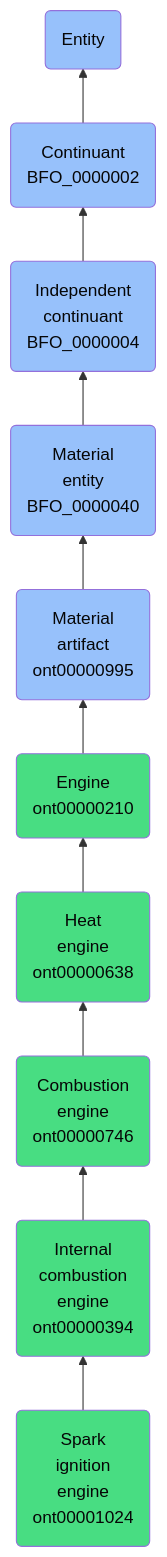
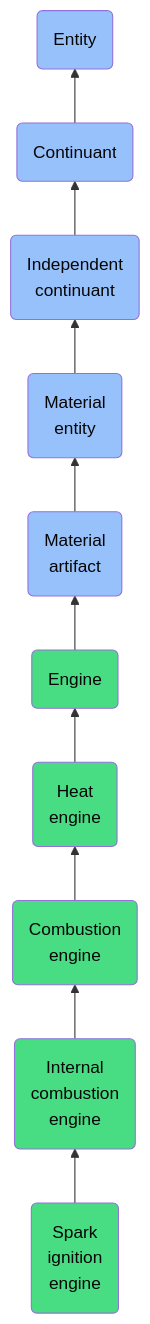
Before and after one commit to jupyter-naas/abi: the diagram in docs/ontology/reference/model/Entity/Continuant/Independent continuant/Material entity/Material artifact/Engine/Heat engine/Combustion engine/Internal combustion engine/Spark ignition engine/Spark ignition engine.md, drawn with Mermaid. The commit also changed other lines of this file and 1430 other files, not shown here.

````diff
--- a/docs/ontology/reference/model/Entity/Continuant/Independent continuant/Material entity/Material artifact/Engine/Heat engine/Combustion engine/Internal combustion engine/Spark ignition engine/Spark ignition engine.md
+++ b/docs/ontology/reference/model/Entity/Continuant/Independent continuant/Material entity/Material artifact/Engine/Heat engine/Combustion engine/Internal combustion engine/Spark ignition engine/Spark ignition engine.md
@@ -24,17 +24,17 @@
 ```mermaid
 graph BT
-    ont00001024(Spark<br>ignition<br>engine<br>ont00001024):::ABI-->ont00000394
-    ont00000394(Internal<br>combustion<br>engine<br>ont00000394):::ABI-->ont00000746
-    ont00000746(Combustion<br>engine<br>ont00000746):::ABI-->ont00000638
-    ont00000638(Heat<br>engine<br>ont00000638):::ABI-->ont00000210
-    ont00000210(Engine<br>ont00000210):::ABI-->ont00000995
-    ont00000995(Material<br>artifact<br>ont00000995):::BFO-->BFO_0000040
-    BFO_0000040(Material<br>entity<br>BFO_0000040):::BFO-->BFO_0000004
-    BFO_0000004(Independent<br>continuant<br>BFO_0000004):::BFO-->BFO_0000002
-    BFO_0000002(Continuant<br>BFO_0000002):::BFO-->BFO_0000001
+    ont00001024(Spark<br>ignition<br>engine):::ABI-->ont00000394
+    ont00000394(Internal<br>combustion<br>engine):::ABI-->ont00000746
+    ont00000746(Combustion<br>engine):::ABI-->ont00000638
+    ont00000638(Heat<br>engine):::ABI-->ont00000210
+    ont00000210(Engine):::ABI-->ont00000995
+    ont00000995(Material<br>artifact):::BFO-->BFO_0000040
+    BFO_0000040(Material<br>entity):::BFO-->BFO_0000004
+    BFO_0000004(Independent<br>continuant):::BFO-->BFO_0000002
+    BFO_0000002(Continuant):::BFO-->BFO_0000001
     BFO_0000001(Entity):::BFO
     
     classDef BFO fill:#97c1fb,color:#060606
     classDef CCO fill:#e4c51e,color:#060606
     classDef ABI fill:#48DD82,color:#060606
 ```
````
